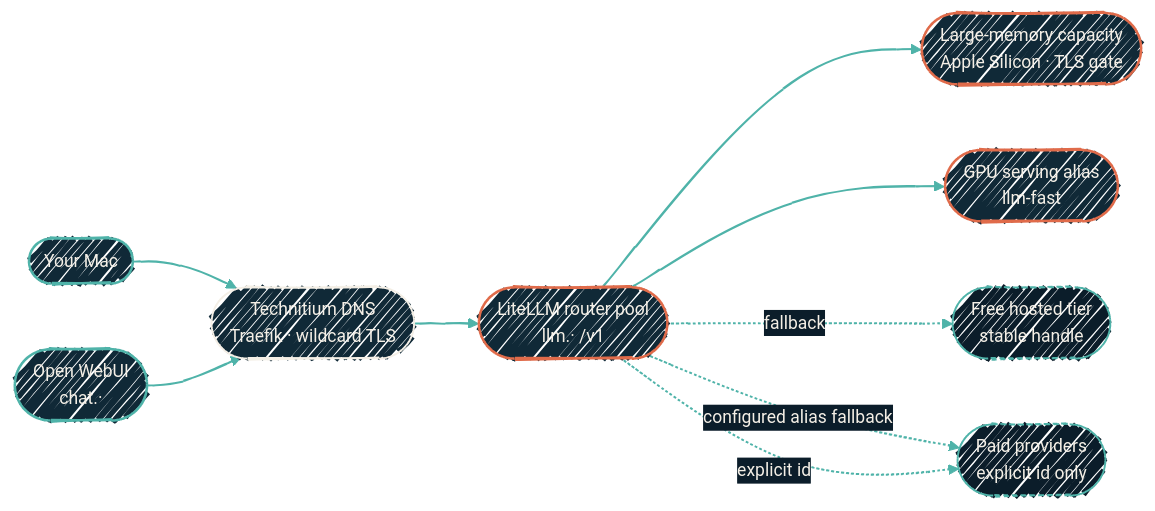
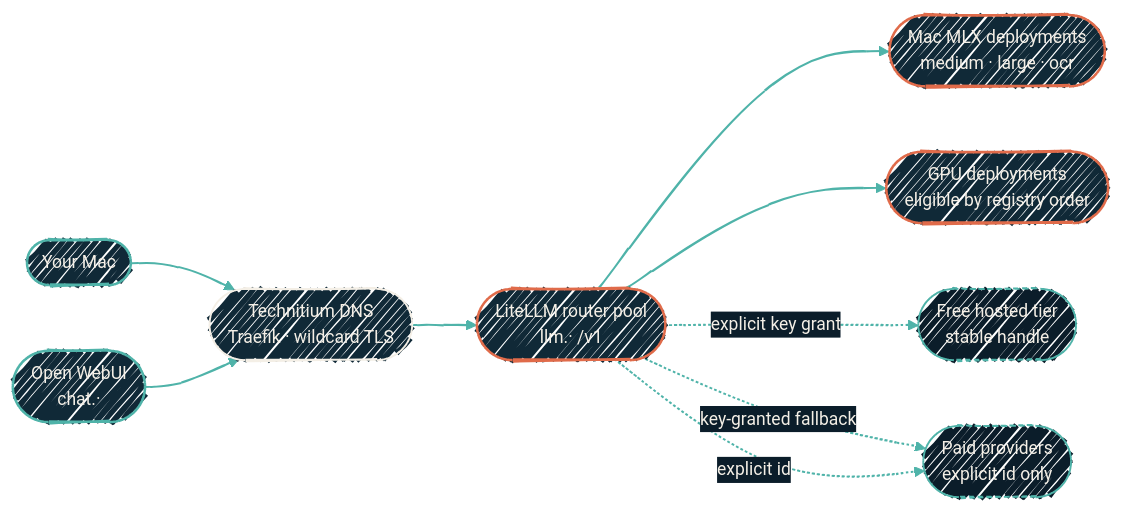
The diagram in local-llm/homelab-gpu.mdx (dryvist/docs), drawn with Mermaid before and after one commit. The commit also changed other lines of this file and 1 other file, not shown here.

````diff
--- a/local-llm/homelab-gpu.mdx
+++ b/local-llm/homelab-gpu.mdx
@@ -54,34 +54,34 @@
 ```mermaid
 %%{init:
   {'theme':'base','look':'handDrawn','themeVariables':{'fontFamily':'Geist','fontSize':'14px','primaryColor':'#102937','primaryTextColor':'#F4EFE6','primaryBorderColor':'#4FB3A9','lineColor':'#4FB3A9','secondaryColor':'#0B1D2A','tertiaryColor':'#1A2A38','clusterBkg':'rgba(79,179,169,0.08)','clusterBorder':'#4FB3A9'}}}%%
   flowchart LR
   Mac([Your Mac])
   Chat([Open WebUI<br/>chat.·])
   Edge([Technitium DNS<br/>Traefik · wildcard TLS])
   Pool([LiteLLM router pool<br/>llm.· /v1])
-  Large([Large-memory capacity<br/>Apple Silicon · TLS gate])
-  Fast(["GPU serving alias<br/>llm-fast"])
+  Large([Mac MLX deployments<br/>medium · large · ocr])
+  GPU([GPU deployments<br/>eligible by registry order])
   Free([Free hosted tier<br/>stable handle])
   Paid([Paid providers<br/>explicit id only])
 
   Mac --> Edge
   Chat --> Edge
   Edge --> Pool
   Pool --> Large
-  Pool --> Fast
-  Pool -.fallback.-> Free
-  Pool -.configured alias fallback.-> Paid
+  Pool --> GPU
+  Pool -.explicit key grant.-> Free
+  Pool -.key-granted fallback.-> Paid
   Pool -.explicit id.-> Paid
 
   classDef host fill:#102937,stroke:#4FB3A9,stroke-width:2px,color:#F4EFE6;
   classDef edge fill:#102937,stroke:#F4EFE6,stroke-width:1.5px,color:#F4EFE6;
   classDef ai   fill:#102937,stroke:#E06B4A,stroke-width:2px,color:#F4EFE6;
   classDef cloud fill:#0B1D2A,stroke:#4FB3A9,stroke-width:1.5px,color:#F4EFE6,stroke-dasharray: 4 3;
 
   class Mac,Chat host
   class Edge edge
-  class Pool,Large,Fast ai
+  class Pool,Large,GPU ai
   class Free,Paid cloud
 
   linkStyle default stroke:#4FB3A9,stroke-width:1.5px;
 ```
````
